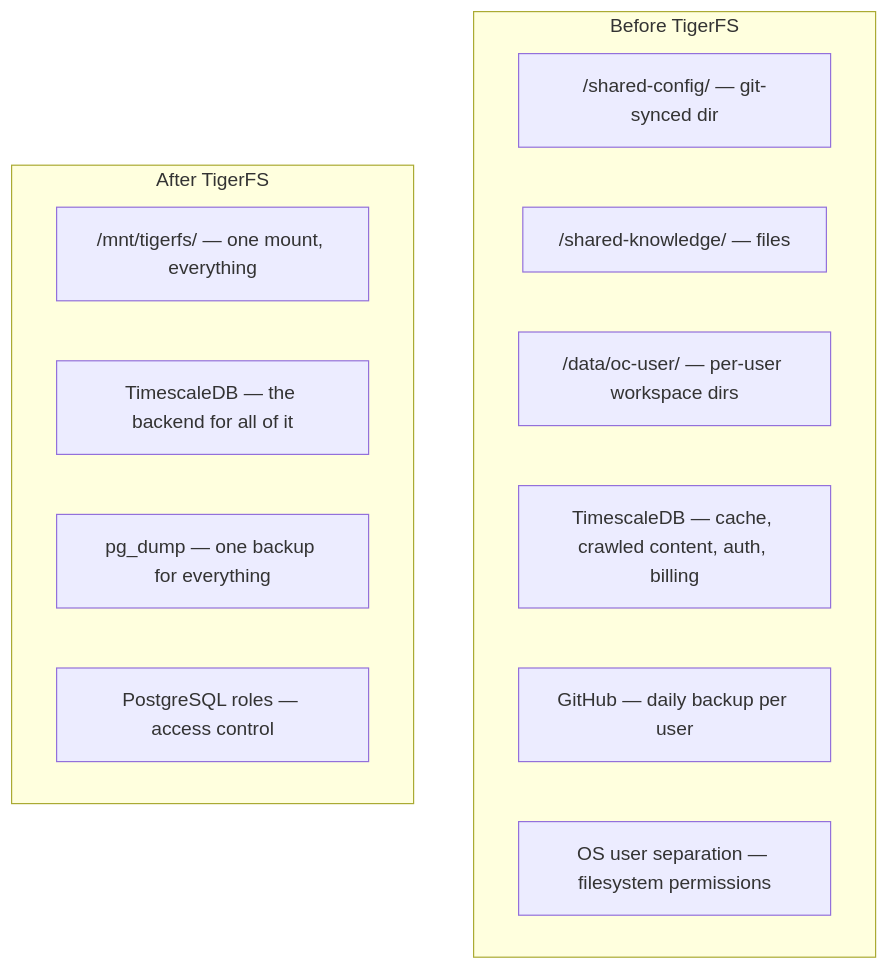
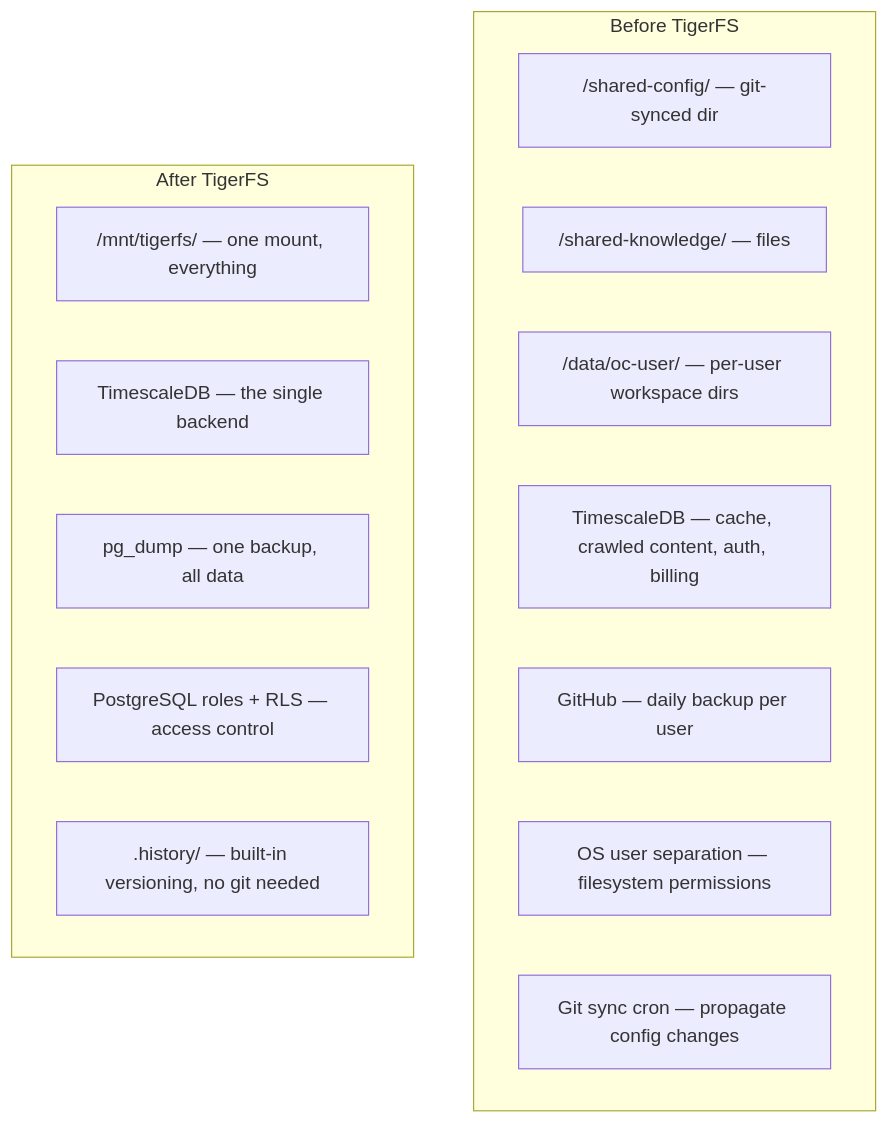
One commit to 1qh/claw changed the diagram in brainstorm/tigerfs.md. Above: the diagram before and after it, drawn with Mermaid. The commit also changed other lines of this file and 4 other files, not shown here.

Commit message:
Update backup, versioning, architecture to reflect TigerFS as storage foundation

````diff
--- a/brainstorm/tigerfs.md
+++ b/brainstorm/tigerfs.md
@@ -9,18 +97,20 @@
 ```mermaid
 graph TB
     subgraph "Before TigerFS"
         A["/shared-config/ — git-synced dir"]
         B["/shared-knowledge/ — files"]
         C["/data/oc-user/ — per-user workspace dirs"]
         D["TimescaleDB — cache, crawled content, auth, billing"]
         E["GitHub — daily backup per user"]
         F["OS user separation — filesystem permissions"]
+        G["Git sync cron — propagate config changes"]
     end
 
     subgraph "After TigerFS"
-        G["/mnt/tigerfs/ — one mount, everything"]
-        H["TimescaleDB — the backend for all of it"]
-        I["pg_dump — one backup for everything"]
-        J["PostgreSQL roles — access control"]
+        H["/mnt/tigerfs/ — one mount, everything"]
+        I["TimescaleDB — the single backend"]
+        J["pg_dump — one backup, all data"]
+        K["PostgreSQL roles + RLS — access control"]
+        L[".history/ — built-in versioning, no git needed"]
     end
 ```
````
